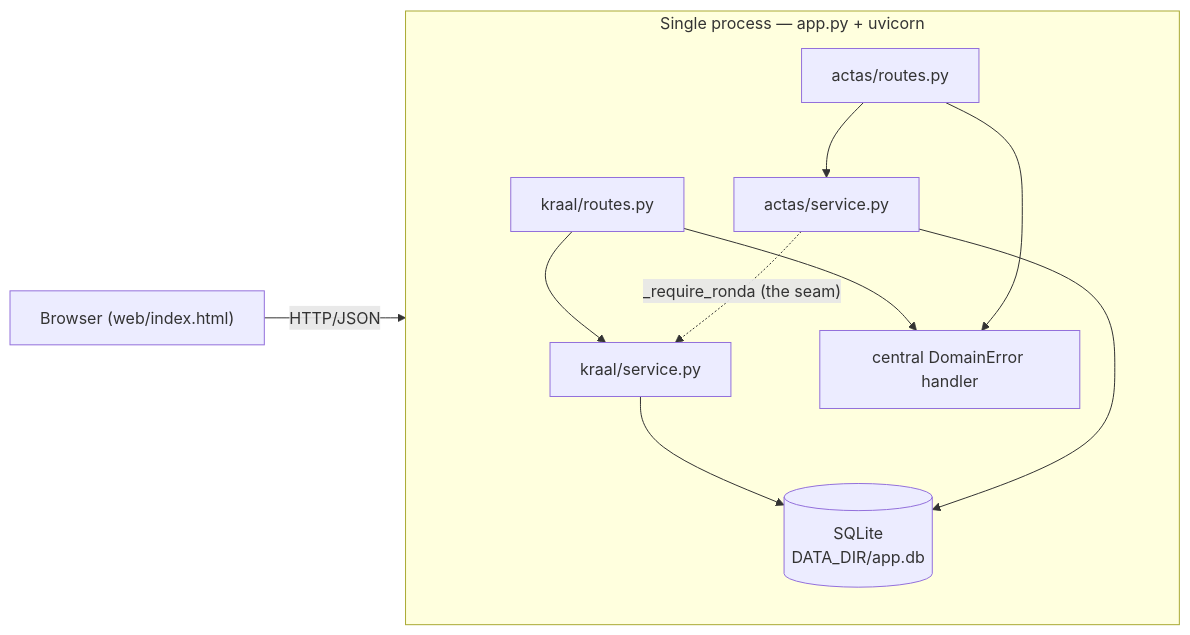
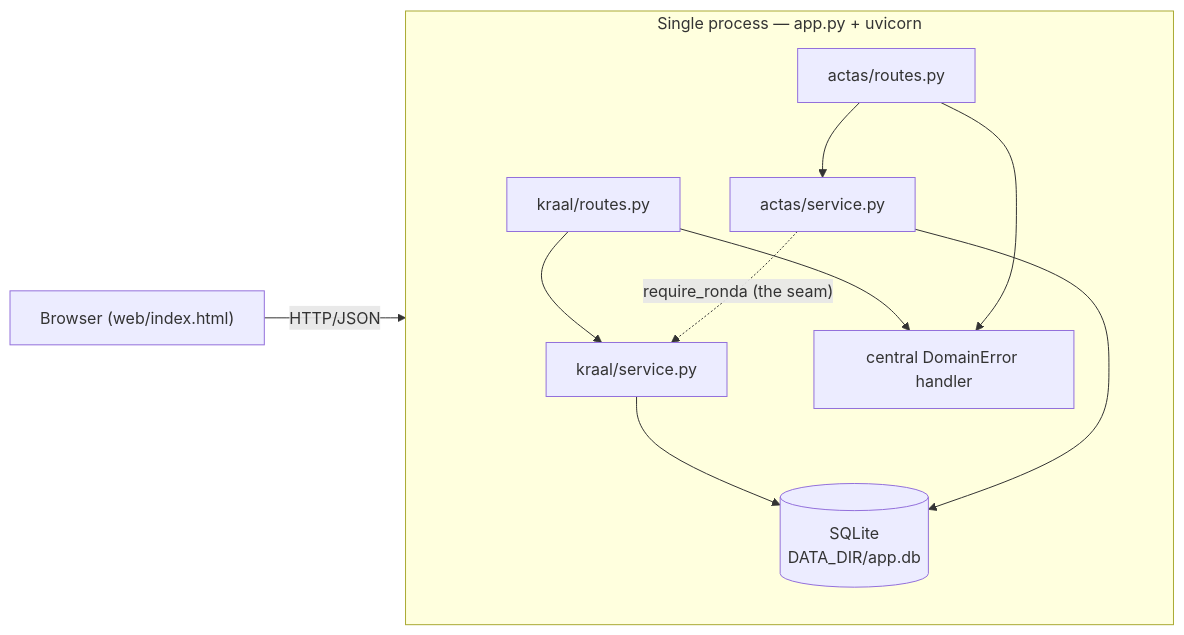
Before and after one commit to oliespineira/guidesSystem: the first of 2 diagrams in README.md, drawn with Mermaid. The commit also changed other lines of this file and 1 other file, not shown here.

Commit message:
Update seam references to require_ronda in actas/seam.py and record measured 97% coverage in README

````diff
--- a/README.md
+++ b/README.md
@@ -83,13 +83,13 @@
 ```mermaid
 flowchart LR
   Browser["Browser (web/index.html)"] -->|HTTP/JSON| App
 
   subgraph App["Single process — app.py + uvicorn"]
     KR["kraal/routes.py"] --> KS["kraal/service.py"]
     AR["actas/routes.py"] --> AS["actas/service.py"]
-    AS -. "_require_ronda (the seam)" .-> KS
+    AS -. "require_ronda (the seam)" .-> KS
     KS --> DB[("SQLite\nDATA_DIR/app.db")]
     AS --> DB
     KR & AR --> EH["central DomainError handler"]
   end
 ```
````
